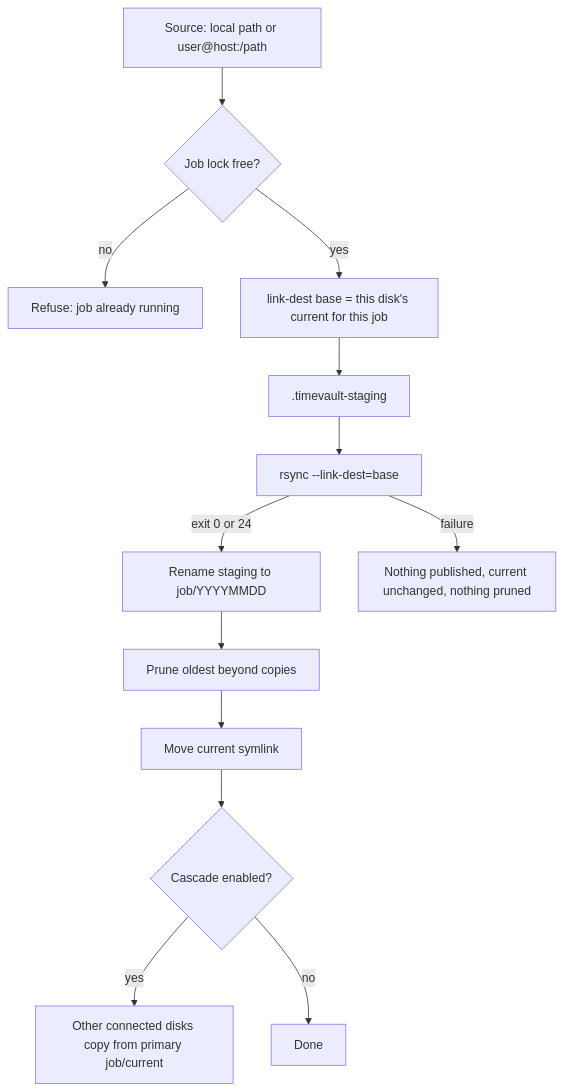
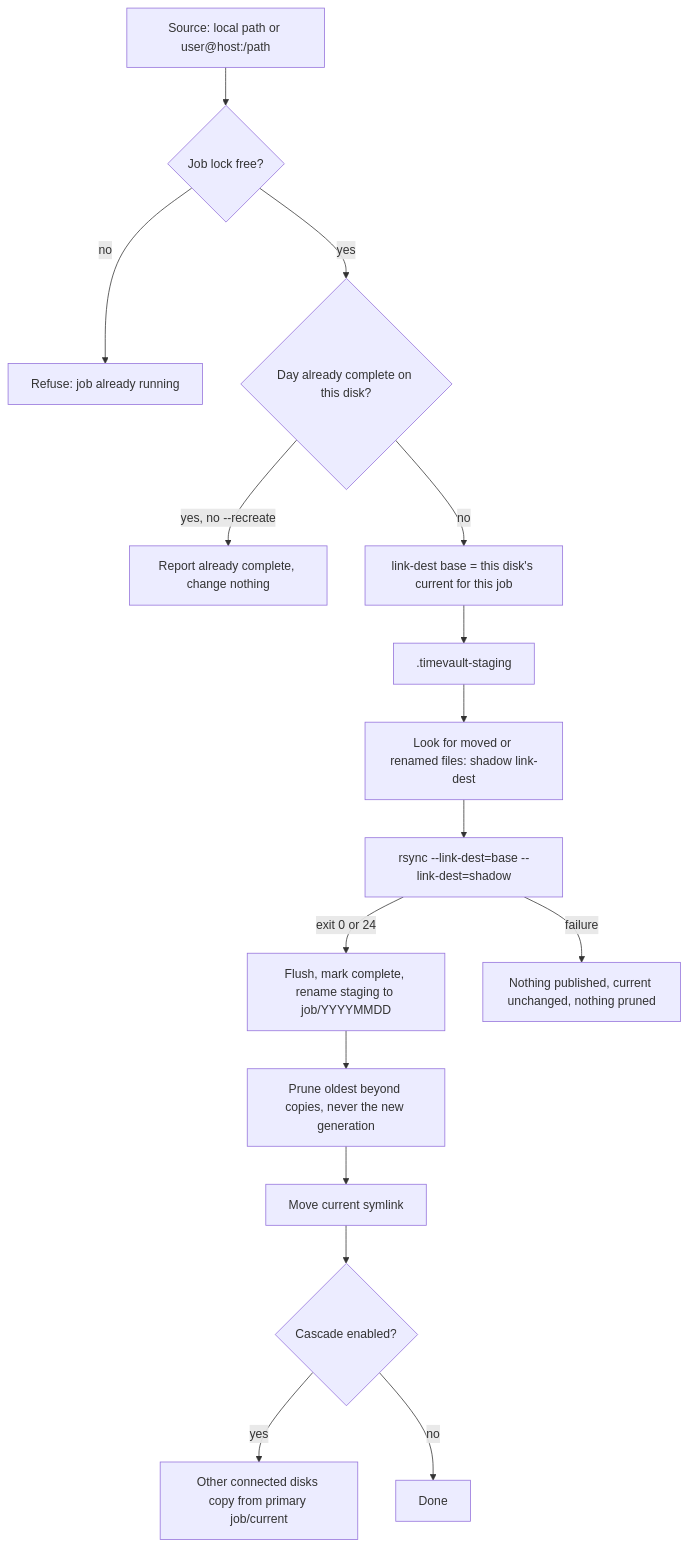
Before and after one commit to johnjoeallen/timevault: the diagram in docs/architecture.md, drawn with Mermaid. The commit also changed other lines of this file and 15 other files, not shown here.

````diff
--- a/docs/architecture.md
+++ b/docs/architecture.md
@@ -49,15 +50,18 @@
 ```mermaid
 flowchart TD
     S[Source: local path or user@host:/path] --> L{Job lock free?}
     L -- no --> X[Refuse: job already running]
-    L -- yes --> B[link-dest base = this disk's current for this job]
+    L -- yes --> K{Day already complete on this disk?}
+    K -- "yes, no --recreate" --> AC[Report already complete, change nothing]
+    K -- no --> B[link-dest base = this disk's current for this job]
     B --> ST[.timevault-staging]
-    ST --> R[rsync --link-dest=base]
-    R -- exit 0 or 24 --> P[Rename staging to job/YYYYMMDD]
+    ST --> M[Look for moved or renamed files: shadow link-dest]
+    M --> R[rsync --link-dest=base --link-dest=shadow]
+    R -- exit 0 or 24 --> P[Flush, mark complete, rename staging to job/YYYYMMDD]
     R -- failure --> F[Nothing published, current unchanged, nothing pruned]
-    P --> RT[Prune oldest beyond copies]
+    P --> RT[Prune oldest beyond copies, never the new generation]
     RT --> C[Move current symlink]
     C --> CAS{Cascade enabled?}
     CAS -- yes --> D[Other connected disks copy from primary job/current]
     CAS -- no --> E[Done]
 ```
````
